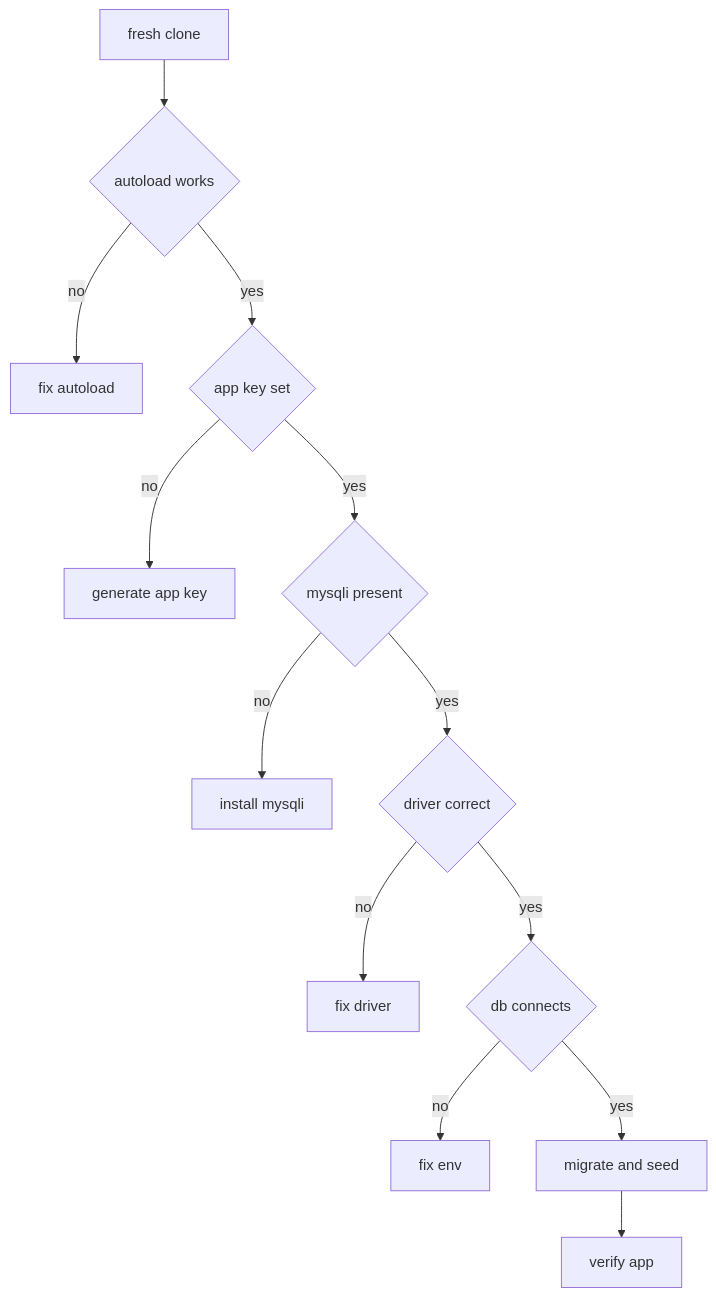
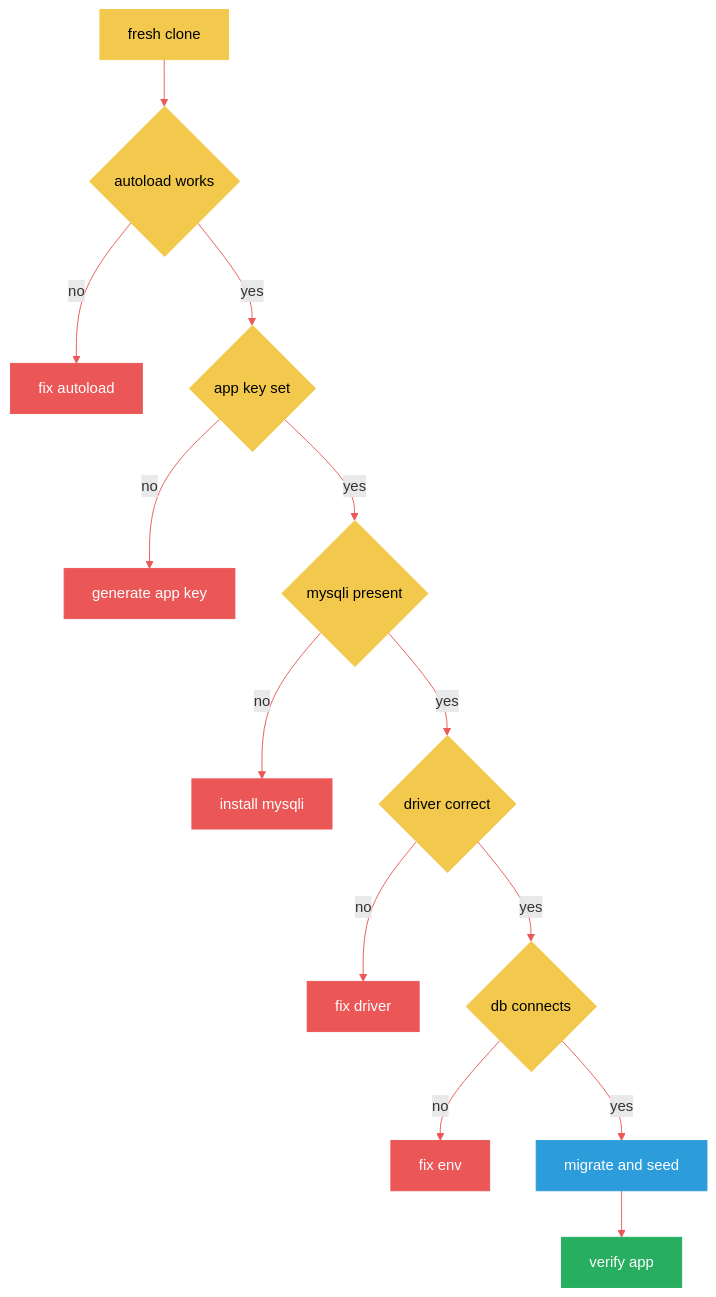
The second of 13 diagrams in Graphs/Dev-Tasks-Diagrams.md (444Nazky/My-Vault), drawn with Mermaid before and after one commit. The commit also changed other lines of this file and 15 other files, not shown here.

````diff
--- a/Graphs/Dev-Tasks-Diagrams.md
+++ b/Graphs/Dev-Tasks-Diagrams.md
@@ -20,15 +24,29 @@
 ```mermaid
+%%{init: {'theme': 'default', 'themeVariables': { 'primaryColor': '#EB5757', 'lineColor': '#EB5757'}}}%%
 flowchart TD
  A["fresh clone"] --> B{"autoload works"}
  B -->|"no"| E02["fix autoload"]
  B -->|"yes"| C{"app key set"}
  C -->|"no"| E03["generate app key"]
  C -->|"yes"| D{"mysqli present"}
  D -->|"no"| E04["install mysqli"]
  D -->|"yes"| E{"driver correct"}
  E -->|"no"| E05["fix driver"]
  E -->|"yes"| F{"db connects"}
  F -->|"no"| E06["fix env"]
  F -->|"yes"| G["migrate and seed"]
  G --> H["verify app"]
+ style A fill:#F2C94C,stroke:#F2C94C,color:#000
+ style B fill:#F2C94C,stroke:#F2C94C,color:#000
+ style C fill:#F2C94C,stroke:#F2C94C,color:#000
+ style D fill:#F2C94C,stroke:#F2C94C,color:#000
+ style E fill:#F2C94C,stroke:#F2C94C,color:#000
+ style F fill:#F2C94C,stroke:#F2C94C,color:#000
+ style E02 fill:#EB5757,stroke:#EB5757,color:#fff
+ style E03 fill:#EB5757,stroke:#EB5757,color:#fff
+ style E04 fill:#EB5757,stroke:#EB5757,color:#fff
+ style E05 fill:#EB5757,stroke:#EB5757,color:#fff
+ style E06 fill:#EB5757,stroke:#EB5757,color:#fff
+ style G fill:#2D9CDB,stroke:#2D9CDB,color:#fff
+ style H fill:#27AE60,stroke:#27AE60,color:#fff
 ```
````
